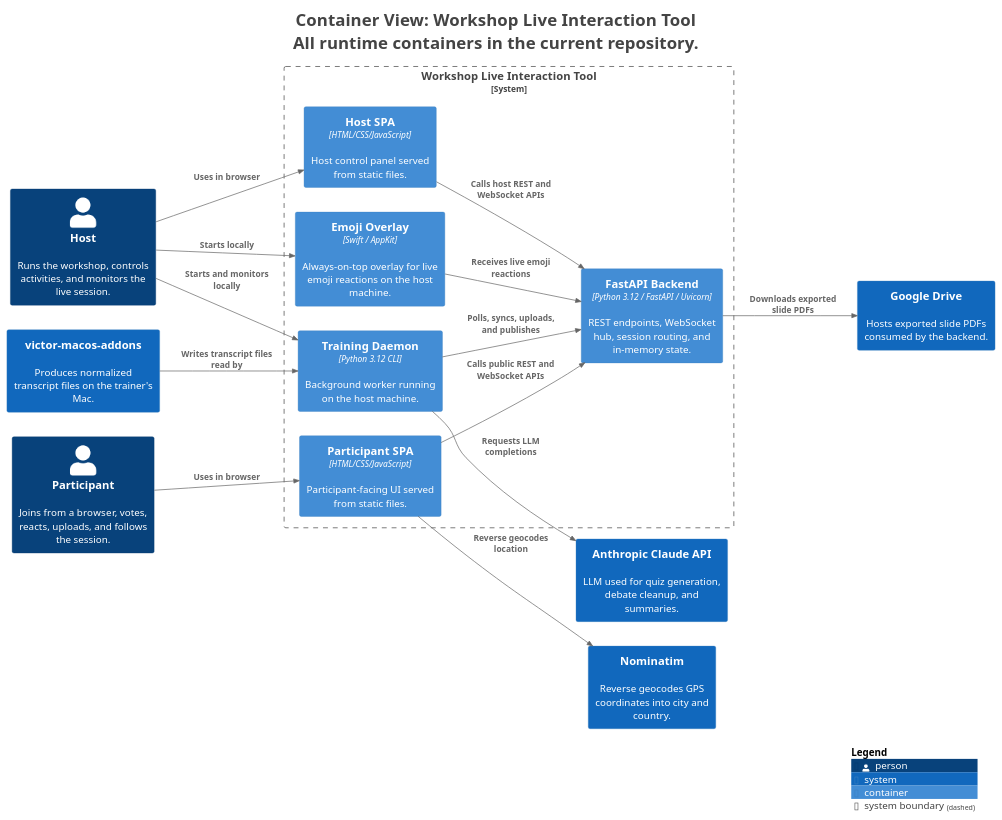
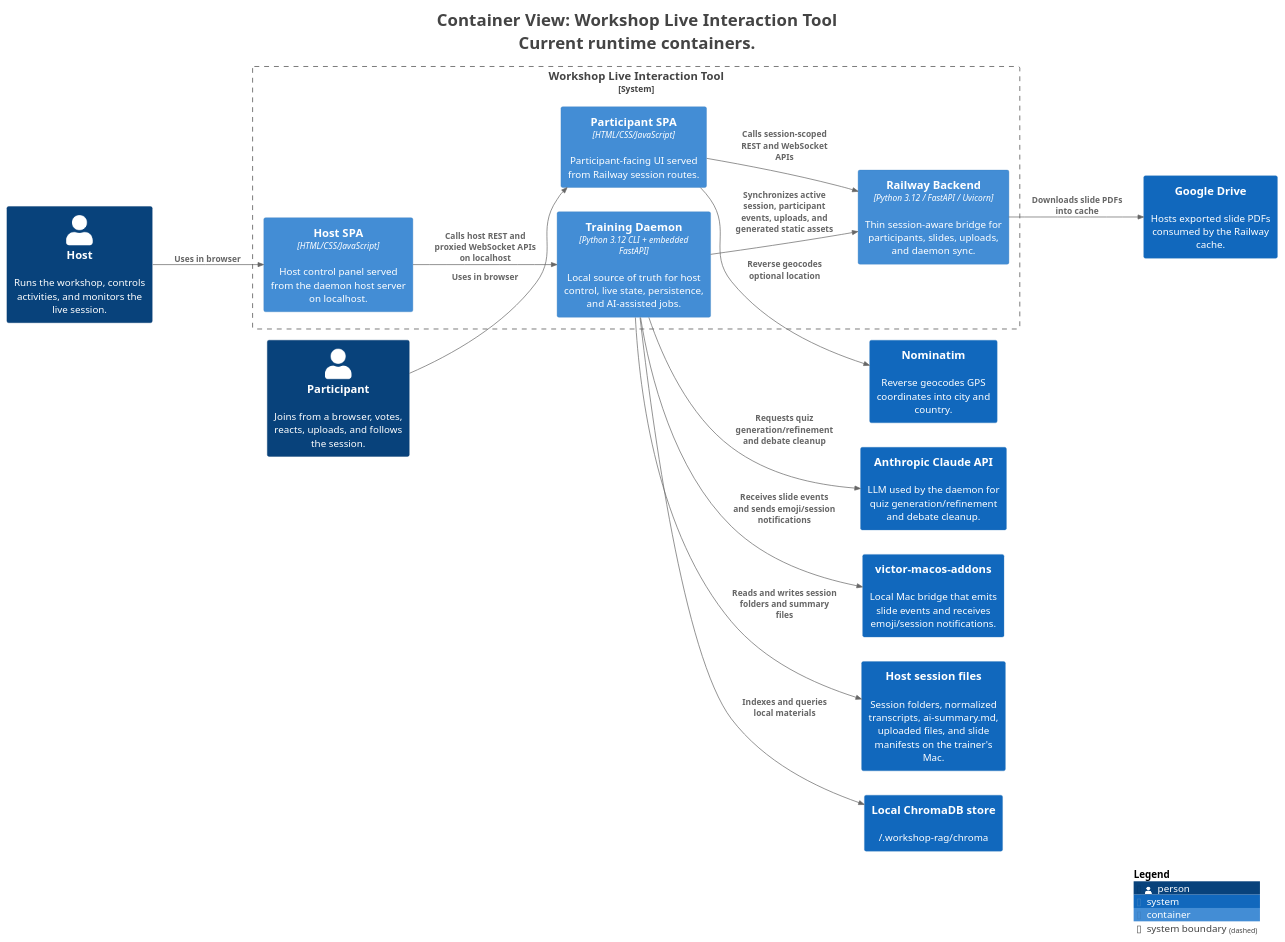
The diagram in docs/c4views/structurizr-C2Containers.puml (victorrentea/training-assistant), drawn with PlantUML before and after one commit. The commit also changed 26 other files, not shown here.

```diff
--- a/docs/c4views/structurizr-C2Containers.puml
+++ b/docs/c4views/structurizr-C2Containers.puml
@@ -1,48 +1,48 @@
 @startuml
-title <size:24>Container View: Workshop Live Interaction Tool</size>\n<size:24>All runtime containers in the current repository.</size>
+title <size:24>Container View: Workshop Live Interaction Tool</size>\n<size:24>Current runtime containers.</size>
 
 set separator none
 left to right direction
 
 <style>
   root {
     BackgroundColor: #ffffff
     FontColor: #444444
   }
 </style>
 
 !include <C4/C4>
 !include <C4/C4_Context>
 !include <C4/C4_Container>
 
 Person(Host, "Host", $descr="Runs the workshop, controls activities, and monitors the live session.", $tags="", $link="")
 Person(Participant, "Participant", $descr="Joins from a browser, votes, reacts, uploads, and follows the session.", $tags="", $link="")
-System(victormacosaddons, "victor-macos-addons", $descr="Produces normalized transcript files on the trainer's Mac.", $tags="", $link="")
-System(AnthropicClaudeAPI, "Anthropic Claude API", $descr="LLM used for quiz generation, debate cleanup, and summaries.", $tags="", $link="")
+System(AnthropicClaudeAPI, "Anthropic Claude API", $descr="LLM used by the daemon for quiz generation/refinement and debate cleanup.", $tags="", $link="")
+System(victormacosaddons, "victor-macos-addons", $descr="Local Mac bridge that emits slide events and receives emoji/session notifications.", $tags="", $link="")
 System(Nominatim, "Nominatim", $descr="Reverse geocodes GPS coordinates into city and country.", $tags="", $link="")
-System(GoogleDrive, "Google Drive", $descr="Hosts exported slide PDFs consumed by the backend.", $tags="", $link="")
+System(GoogleDrive, "Google Drive", $descr="Hosts exported slide PDFs consumed by the Railway cache.", $tags="", $link="")
+System(Hostsessionfiles, "Host session files", $descr="Session folders, normalized transcripts, ai-summary.md, uploaded files, and slide manifests on the trainer's Mac.", $tags="", $link="")
+System(LocalChromaDBstore, "Local ChromaDB store", $descr="~/.workshop-rag/chroma", $tags="", $link="")
 
 System_Boundary("WorkshopLiveInteractionTool_boundary", "Workshop Live Interaction Tool", $tags="") {
-  Container(WorkshopLiveInteractionTool.FastAPIBackend, "FastAPI Backend", $techn="Python 3.12 / FastAPI / Uvicorn", $descr="REST endpoints, WebSocket hub, session routing, and in-memory state.", $tags="", $link="")
-  Container(WorkshopLiveInteractionTool.TrainingDaemon, "Training Daemon", $techn="Python 3.12 CLI", $descr="Background worker running on the host machine.", $tags="", $link="")
-  Container(WorkshopLiveInteractionTool.EmojiOverlay, "Emoji Overlay", $techn="Swift / AppKit", $descr="Always-on-top overlay for live emoji reactions on the host machine.", $tags="", $link="")
-  Container(WorkshopLiveInteractionTool.ParticipantSPA, "Participant SPA", $techn="HTML/CSS/JavaScript", $descr="Participant-facing UI served from static files.", $tags="", $link="")
-  Container(WorkshopLiveInteractionTool.HostSPA, "Host SPA", $techn="HTML/CSS/JavaScript", $descr="Host control panel served from static files.", $tags="", $link="")
+  Container(WorkshopLiveInteractionTool.ParticipantSPA, "Participant SPA", $techn="HTML/CSS/JavaScript", $descr="Participant-facing UI served from Railway session routes.", $tags="", $link="")
+  Container(WorkshopLiveInteractionTool.HostSPA, "Host SPA", $techn="HTML/CSS/JavaScript", $descr="Host control panel served from the daemon host server on localhost.", $tags="", $link="")
+  Container(WorkshopLiveInteractionTool.RailwayBackend, "Railway Backend", $techn="Python 3.12 / FastAPI / Uvicorn", $descr="Thin session-aware bridge for participants, slides, uploads, and daemon sync.", $tags="", $link="")
+  Container(WorkshopLiveInteractionTool.TrainingDaemon, "Training Daemon", $techn="Python 3.12 CLI + embedded FastAPI", $descr="Local source of truth for host control, live state, persistence, and AI-assisted jobs.", $tags="", $link="")
 }
 
 Rel(Participant, WorkshopLiveInteractionTool.ParticipantSPA, "Uses in browser", $techn="", $tags="", $link="")
 Rel(Host, WorkshopLiveInteractionTool.HostSPA, "Uses in browser", $techn="", $tags="", $link="")
-Rel(Host, WorkshopLiveInteractionTool.TrainingDaemon, "Starts and monitors locally", $techn="", $tags="", $link="")
-Rel(Host, WorkshopLiveInteractionTool.EmojiOverlay, "Starts locally", $techn="", $tags="", $link="")
-Rel(WorkshopLiveInteractionTool.ParticipantSPA, WorkshopLiveInteractionTool.FastAPIBackend, "Calls public REST and WebSocket APIs", $techn="", $tags="", $link="")
-Rel(WorkshopLiveInteractionTool.ParticipantSPA, Nominatim, "Reverse geocodes location", $techn="", $tags="", $link="")
-Rel(WorkshopLiveInteractionTool.HostSPA, WorkshopLiveInteractionTool.FastAPIBackend, "Calls host REST and WebSocket APIs", $techn="", $tags="", $link="")
-Rel(WorkshopLiveInteractionTool.EmojiOverlay, WorkshopLiveInteractionTool.FastAPIBackend, "Receives live emoji reactions", $techn="", $tags="", $link="")
-Rel(victormacosaddons, WorkshopLiveInteractionTool.TrainingDaemon, "Writes transcript files read by", $techn="", $tags="", $link="")
-Rel(WorkshopLiveInteractionTool.TrainingDaemon, WorkshopLiveInteractionTool.FastAPIBackend, "Polls, syncs, uploads, and publishes", $techn="", $tags="", $link="")
-Rel(WorkshopLiveInteractionTool.TrainingDaemon, AnthropicClaudeAPI, "Requests LLM completions", $techn="", $tags="", $link="")
-Rel(WorkshopLiveInteractionTool.FastAPIBackend, GoogleDrive, "Downloads exported slide PDFs", $techn="", $tags="", $link="")
+Rel(WorkshopLiveInteractionTool.ParticipantSPA, WorkshopLiveInteractionTool.RailwayBackend, "Calls session-scoped REST and WebSocket APIs", $techn="", $tags="", $link="")
+Rel(WorkshopLiveInteractionTool.ParticipantSPA, Nominatim, "Reverse geocodes optional location", $techn="", $tags="", $link="")
+Rel(WorkshopLiveInteractionTool.HostSPA, WorkshopLiveInteractionTool.TrainingDaemon, "Calls host REST and proxied WebSocket APIs on localhost", $techn="", $tags="", $link="")
+Rel(WorkshopLiveInteractionTool.TrainingDaemon, WorkshopLiveInteractionTool.RailwayBackend, "Synchronizes active session, participant events, uploads, and generated static assets", $techn="", $tags="", $link="")
+Rel(WorkshopLiveInteractionTool.TrainingDaemon, AnthropicClaudeAPI, "Requests quiz generation/refinement and debate cleanup", $techn="", $tags="", $link="")
+Rel(WorkshopLiveInteractionTool.TrainingDaemon, victormacosaddons, "Receives slide events and sends emoji/session notifications", $techn="", $tags="", $link="")
+Rel(WorkshopLiveInteractionTool.TrainingDaemon, Hostsessionfiles, "Reads and writes session folders and summary files", $techn="", $tags="", $link="")
+Rel(WorkshopLiveInteractionTool.TrainingDaemon, LocalChromaDBstore, "Indexes and queries local materials", $techn="", $tags="", $link="")
+Rel(WorkshopLiveInteractionTool.RailwayBackend, GoogleDrive, "Downloads slide PDFs into cache", $techn="", $tags="", $link="")
 
 SHOW_LEGEND(true)
 hide stereotypes
 @enduml
```
